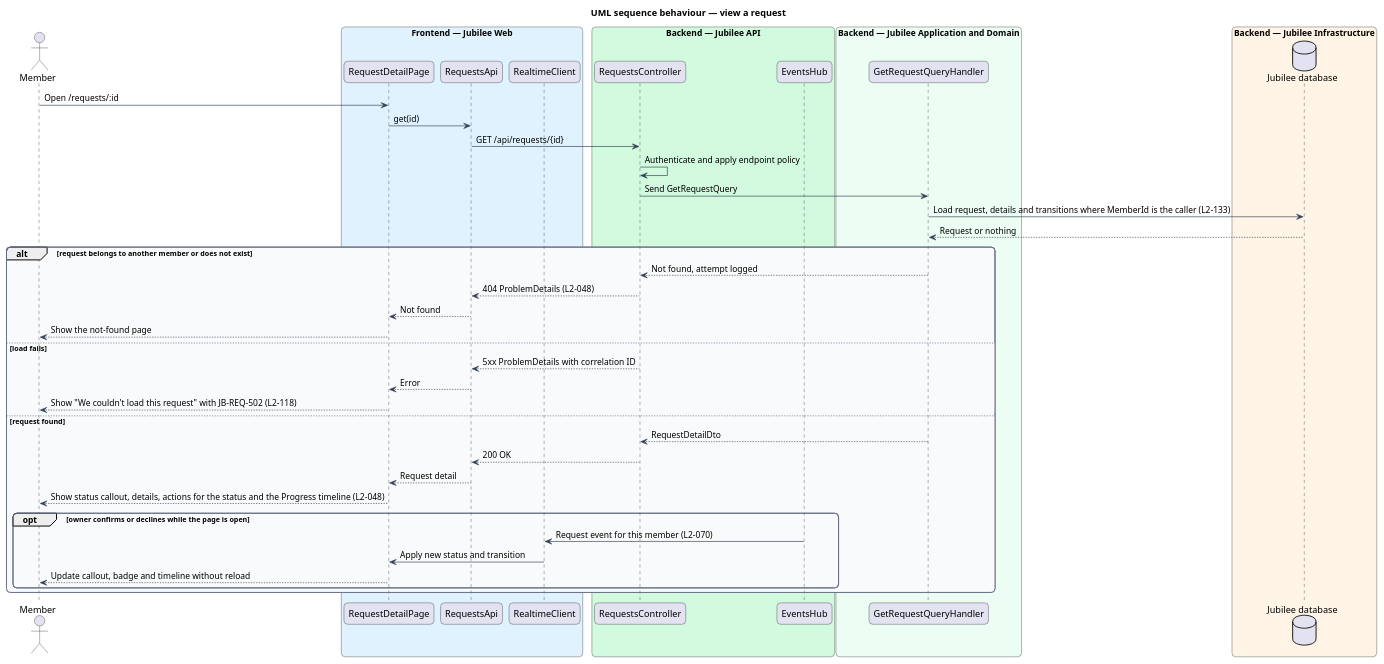
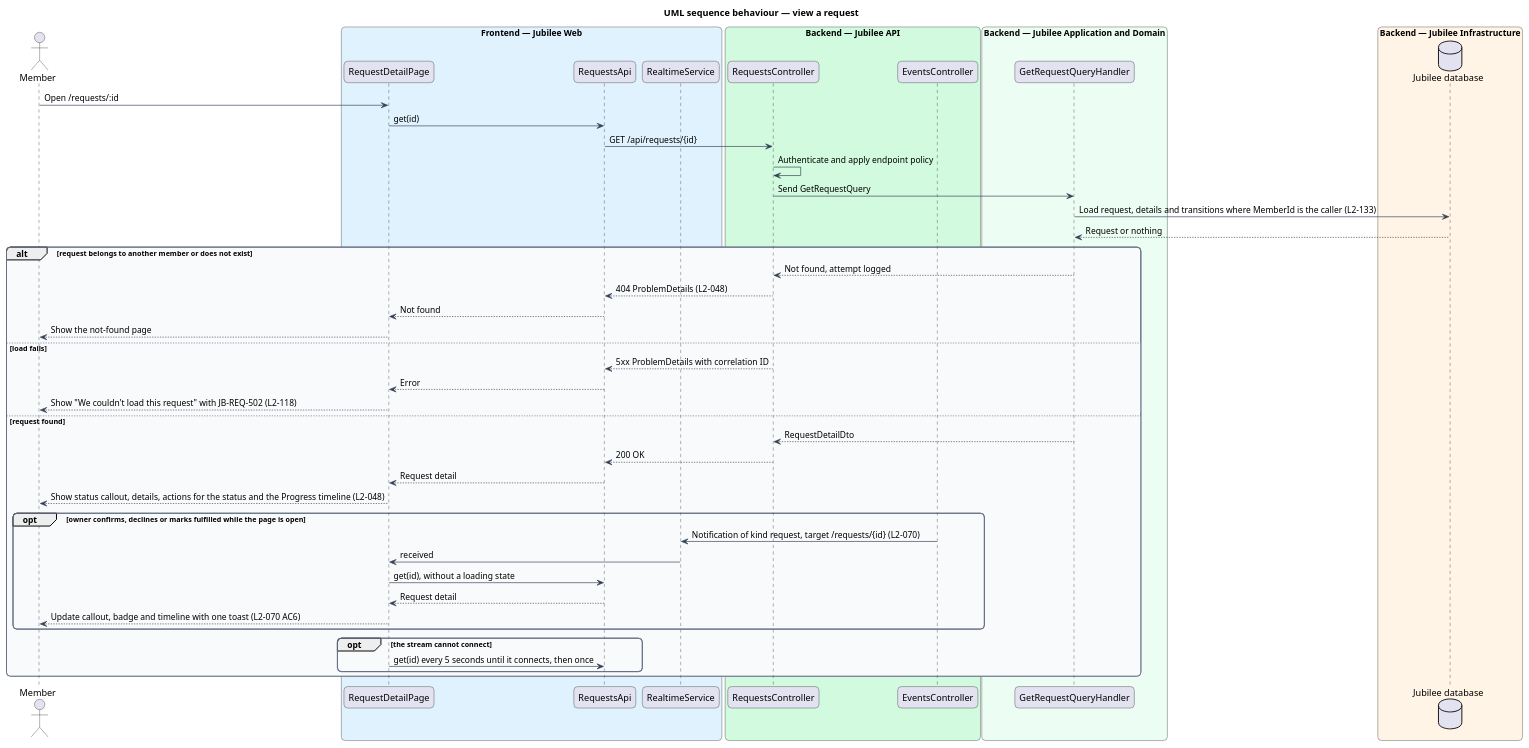
Before and after one commit to QuinntyneBrown/jubilee: the diagram in docs/detailed-designs/requests/track-requests/diagrams/sequence-view-request.puml, drawn with PlantUML. The commit also changed 28 other files, not shown here.

```diff
--- a/docs/detailed-designs/requests/track-requests/diagrams/sequence-view-request.puml
+++ b/docs/detailed-designs/requests/track-requests/diagrams/sequence-view-request.puml
@@ -1,60 +1,65 @@
 @startuml
 title UML sequence behaviour — view a request
 skinparam backgroundColor #FFFFFF
 skinparam shadowing false
 skinparam roundcorner 12
 skinparam defaultFontName Arial
 skinparam ArrowColor #344054
 skinparam rectangle {
   BorderColor #344054
   FontColor #101828
 }
 skinparam package {
   BorderColor #667085
   FontColor #101828
   BackgroundColor #F9FAFB
 }
 actor "Member" as actor
 box "Frontend — Jubilee Web" #E0F2FE
   participant "RequestDetailPage" as page
   participant "RequestsApi" as client
-  participant "RealtimeClient" as rt
+  participant "RealtimeService" as rt
 end box
 box "Backend — Jubilee API" #D1FADF
   participant "RequestsController" as controller
-  participant "EventsHub" as hub
+  participant "EventsController" as hub
 end box
 box "Backend — Jubilee Application and Domain" #ECFDF3
   participant "GetRequestQueryHandler" as handler
 end box
 box "Backend — Jubilee Infrastructure" #FFF4E5
   database "Jubilee database" as db
 end box
 actor -> page : Open /requests/:id
 page -> client : get(id)
 client -> controller : GET /api/requests/{id}
 controller -> controller : Authenticate and apply endpoint policy
 controller -> handler : Send GetRequestQuery
 handler -> db : Load request, details and transitions where MemberId is the caller (L2-133)
 db --> handler : Request or nothing
 alt request belongs to another member or does not exist
   handler --> controller : Not found, attempt logged
   controller --> client : 404 ProblemDetails (L2-048)
   client --> page : Not found
   page --> actor : Show the not-found page
 else load fails
   controller --> client : 5xx ProblemDetails with correlation ID
   client --> page : Error
   page --> actor : Show "We couldn't load this request" with JB-REQ-502 (L2-118)
 else request found
   handler --> controller : RequestDetailDto
   controller --> client : 200 OK
   client --> page : Request detail
   page --> actor : Show status callout, details, actions for the status and the Progress timeline (L2-048)
-  opt owner confirms or declines while the page is open
-    hub -> rt : Request event for this member (L2-070)
-    rt -> page : Apply new status and transition
-    page --> actor : Update callout, badge and timeline without reload
+  opt owner confirms, declines or marks fulfilled while the page is open
+    hub -> rt : Notification of kind request, target /requests/{id} (L2-070)
+    rt -> page : received
+    page -> client : get(id), without a loading state
+    client --> page : Request detail
+    page --> actor : Update callout, badge and timeline with one toast (L2-070 AC6)
+  end
+  opt the stream cannot connect
+    page -> client : get(id) every 5 seconds until it connects, then once
   end
 end
 @enduml
```
